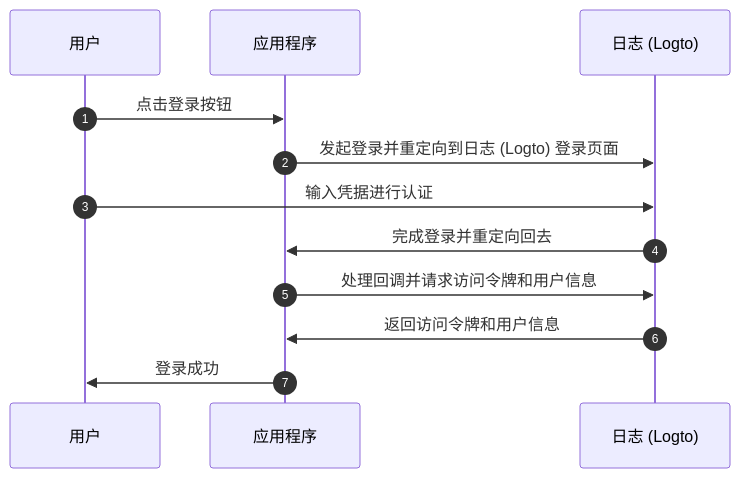
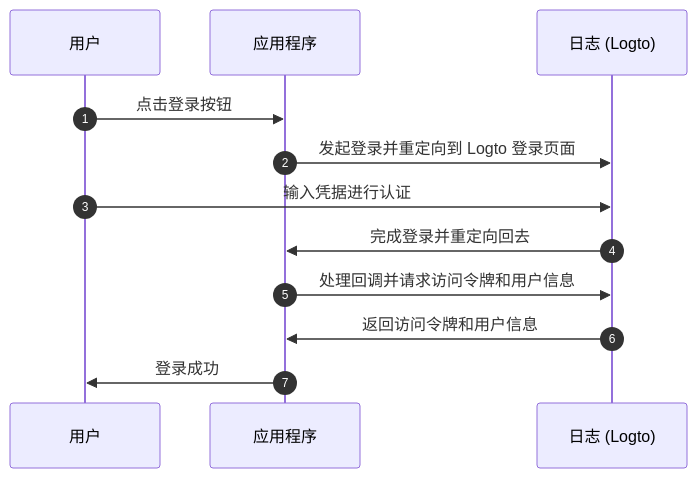
One commit to logto-io/docs changed the first of 2 diagrams in i18n/zh-CN/docusaurus-plugin-content-docs/current/integrate-logto/integrate-logto-into-your-application/understand-authentication-flow.mdx. Above: the diagram before and after it, drawn with Mermaid. The commit also changed other lines of this file and 77 other files, not shown here.

````diff
--- a/i18n/zh-CN/docusaurus-plugin-content-docs/current/integrate-logto/integrate-logto-into-your-application/understand-authentication-flow.mdx
+++ b/i18n/zh-CN/docusaurus-plugin-content-docs/current/integrate-logto/integrate-logto-into-your-application/understand-authentication-flow.mdx
@@ -9,15 +9,15 @@
 ```mermaid
 sequenceDiagram
     autonumber
     participant 用户
     participant 应用程序
     participant 日志 (Logto)
 
     用户->>应用程序: 点击登录按钮
-    应用程序->>日志 (Logto): 发起登录并重定向到日志 (Logto) 登录页面
+    应用程序->>日志 (Logto): 发起登录并重定向到 Logto 登录页面
     用户->>日志 (Logto): 输入凭据进行认证
     日志 (Logto)->>应用程序: 完成登录并重定向回去
     应用程序->>日志 (Logto): 处理回调并请求访问令牌和用户信息
     日志 (Logto)->>应用程序: 返回访问令牌和用户信息
     应用程序->>用户: 登录成功
 ```
````
